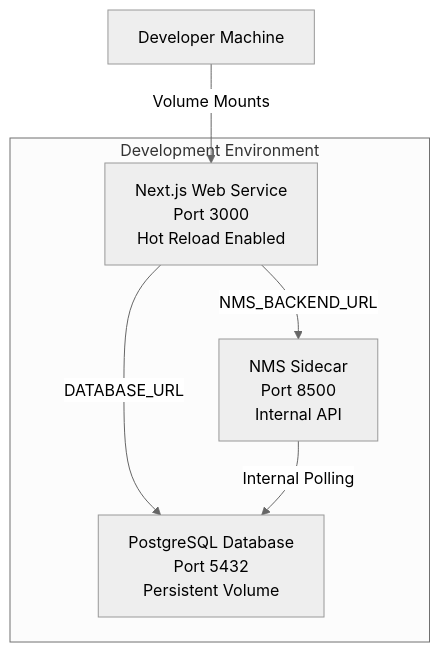
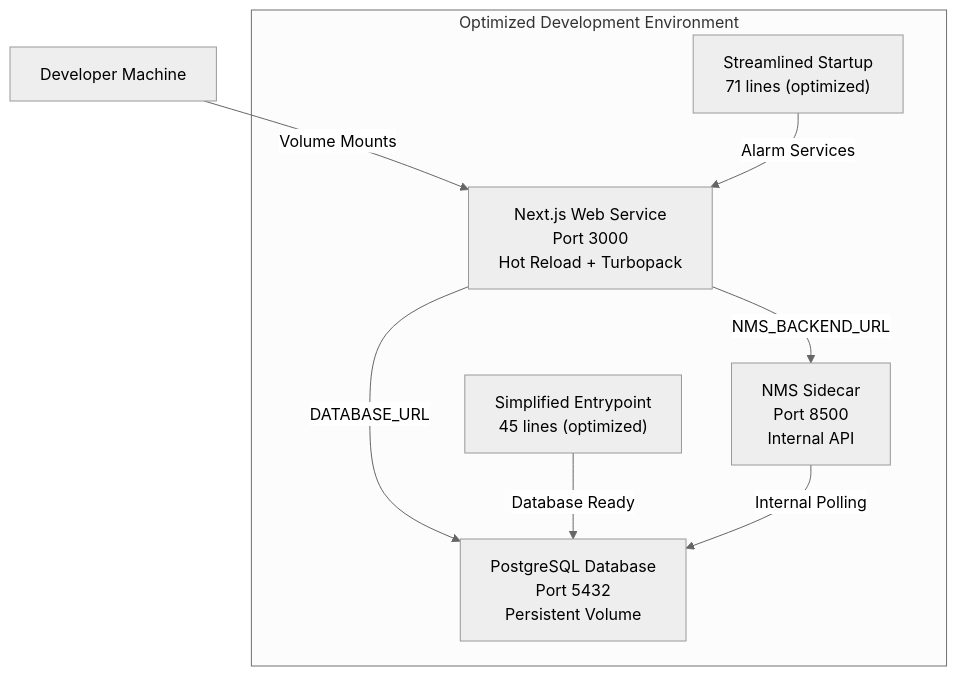
Before and after one commit to celebigilfatih/infrascope: the first of 5 diagrams in .qoder/repowiki/en/content/Development & Deployment/Development Setup.md, drawn with Mermaid (neutral theme). The commit also changed other lines of this file and 6 other files, not shown here.

````diff
--- a/.qoder/repowiki/en/content/Development & Deployment/Development Setup.md
+++ b/.qoder/repowiki/en/content/Development & Deployment/Development Setup.md
@@ -44,13 +55,17 @@
 ```mermaid
 graph TB
-subgraph "Development Environment"
-Web["Next.js Web Service<br/>Port 3000<br/>Hot Reload Enabled"]
+subgraph "Optimized Development Environment"
+Web["Next.js Web Service<br/>Port 3000<br/>Hot Reload + Turbopack"]
 DB["PostgreSQL Database<br/>Port 5432<br/>Persistent Volume"]
 NMS["NMS Sidecar<br/>Port 8500<br/>Internal API"]
+Entrypoint["Simplified Entrypoint<br/>45 lines (optimized)"]
+Startup["Streamlined Startup<br/>71 lines (optimized)"]
 end
 Host["Developer Machine"]
 Host --> |"Volume Mounts"| Web
 Web --> |"DATABASE_URL"| DB
 Web --> |"NMS_BACKEND_URL"| NMS
+Entrypoint --> |"Database Ready"| DB
+Startup --> |"Alarm Services"| Web
 NMS --> |"Internal Polling"| DB
 ```
````
